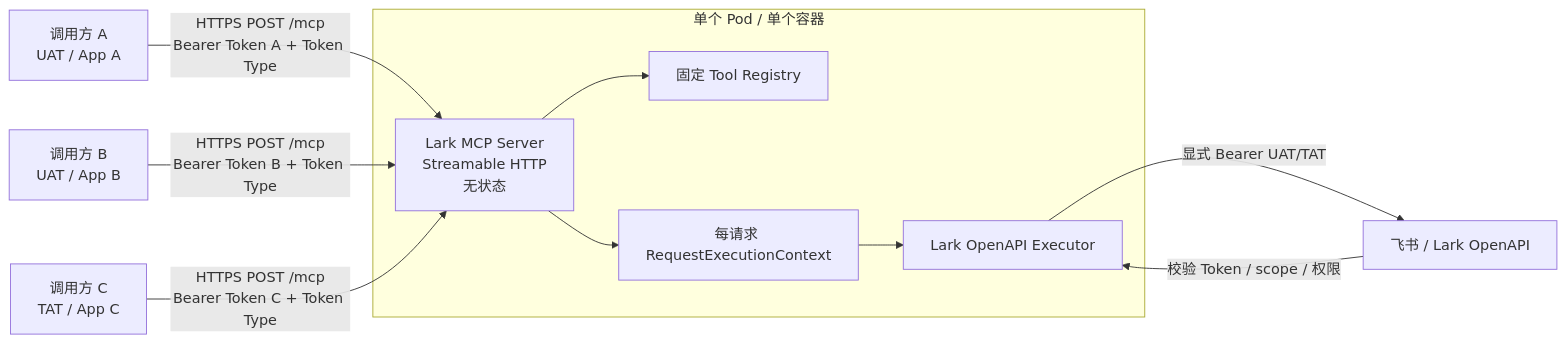
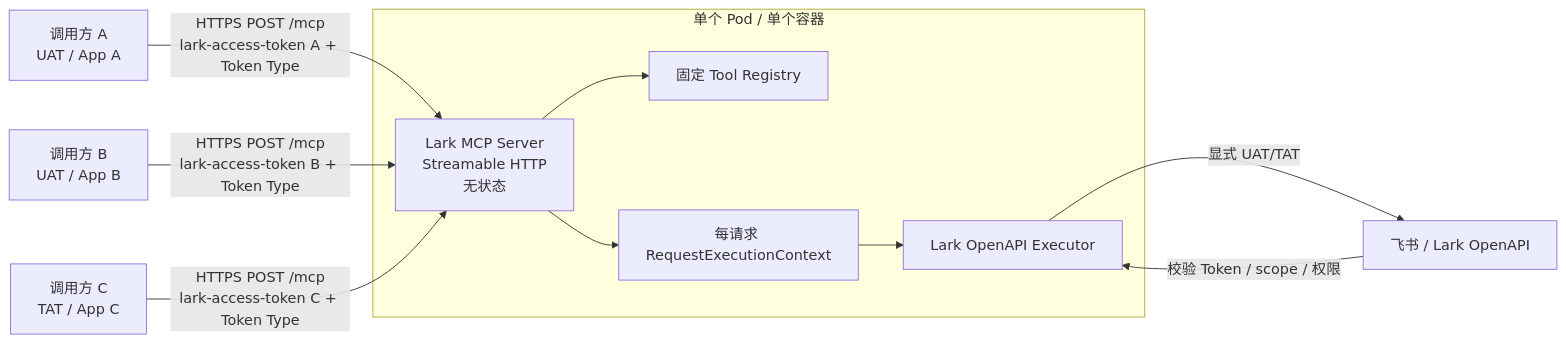
Before and after one commit to GatewayJ/lark-openapi-mcp: the diagram in docs/design/stateless-remote-mcp-server-plan.zh.md, drawn with Mermaid. The commit also changed other lines of this file and 6 other files, not shown here.

Commit message:
use dedicated lark access token header

````diff
--- a/docs/design/stateless-remote-mcp-server-plan.zh.md
+++ b/docs/design/stateless-remote-mcp-server-plan.zh.md
@@ -121,19 +121,19 @@
 ```mermaid
 flowchart LR
-    A[调用方 A<br/>UAT / App A] -->|HTTPS POST /mcp<br/>Bearer Token A + Token Type| M
-    B[调用方 B<br/>UAT / App B] -->|HTTPS POST /mcp<br/>Bearer Token B + Token Type| M
-    C[调用方 C<br/>TAT / App C] -->|HTTPS POST /mcp<br/>Bearer Token C + Token Type| M
+    A[调用方 A<br/>UAT / App A] -->|HTTPS POST /mcp<br/>lark-access-token A + Token Type| M
+    B[调用方 B<br/>UAT / App B] -->|HTTPS POST /mcp<br/>lark-access-token B + Token Type| M
+    C[调用方 C<br/>TAT / App C] -->|HTTPS POST /mcp<br/>lark-access-token C + Token Type| M
 
     subgraph OnePod[单个 Pod / 单个容器]
         M[Lark MCP Server<br/>Streamable HTTP<br/>无状态]
         R[固定 Tool Registry]
         X[每请求 RequestExecutionContext]
         E[Lark OpenAPI Executor]
         M --> R
         M --> X
         X --> E
     end
 
-    E -->|显式 Bearer UAT/TAT| L[飞书 / Lark OpenAPI]
+    E -->|显式 UAT/TAT| L[飞书 / Lark OpenAPI]
     L -->|校验 Token / scope / 权限| E
 ```
````
